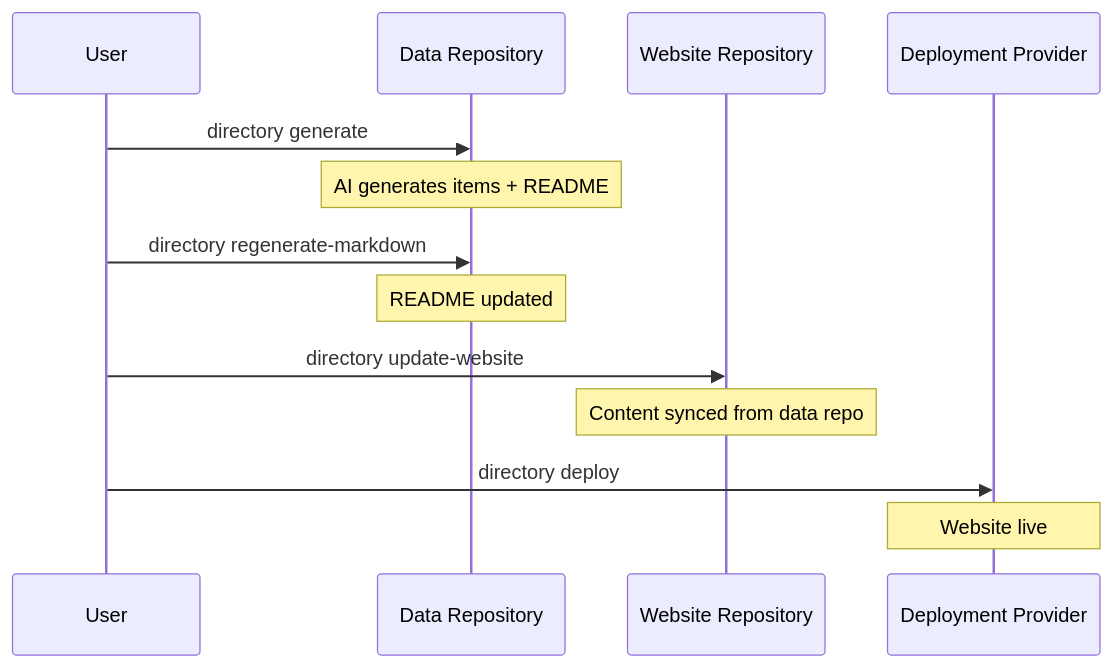
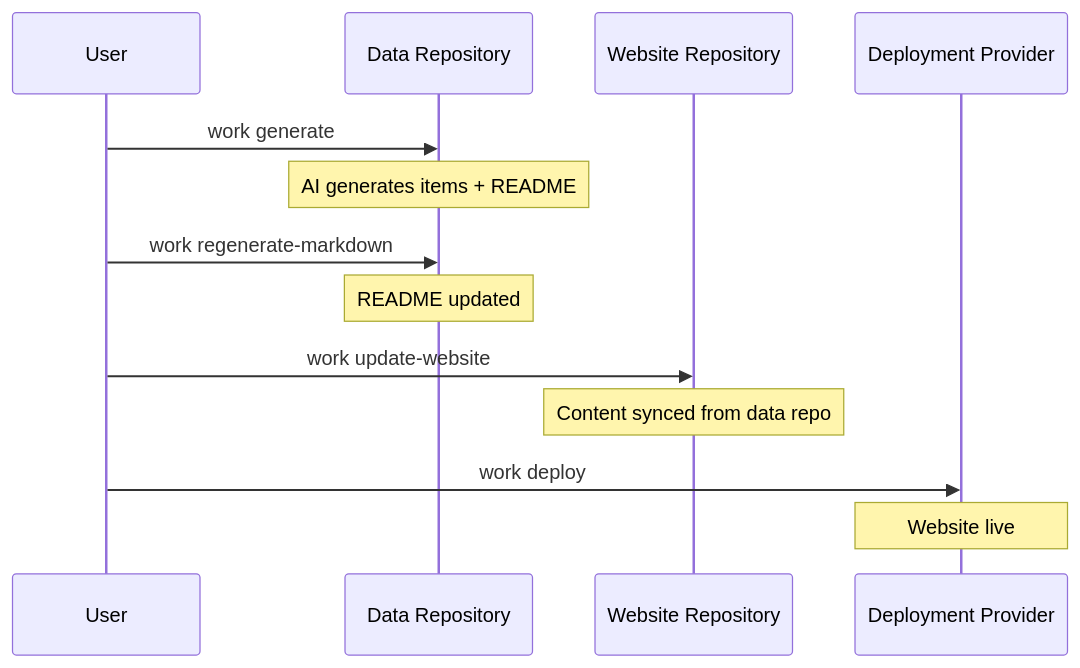
One commit to ever-works/ever-works changed the fourth of 4 diagrams in docs/cli/generation-commands.md. Above: the diagram before and after it, drawn with Mermaid. The commit also changed other lines of this file and 395 other files, not shown here.

````diff
--- a/docs/cli/generation-commands.md
+++ b/docs/cli/generation-commands.md
@@ -366,16 +366,16 @@
 ```mermaid
 sequenceDiagram
     participant User
     participant DataRepo as Data Repository
     participant WebRepo as Website Repository
     participant Vercel as Deployment Provider
 
-    User->>DataRepo: directory generate
+    User->>DataRepo: work generate
     Note over DataRepo: AI generates items + README
-    User->>DataRepo: directory regenerate-markdown
+    User->>DataRepo: work regenerate-markdown
     Note over DataRepo: README updated
-    User->>WebRepo: directory update-website
+    User->>WebRepo: work update-website
     Note over WebRepo: Content synced from data repo
-    User->>Vercel: directory deploy
+    User->>Vercel: work deploy
     Note over Vercel: Website live
 ```
````
